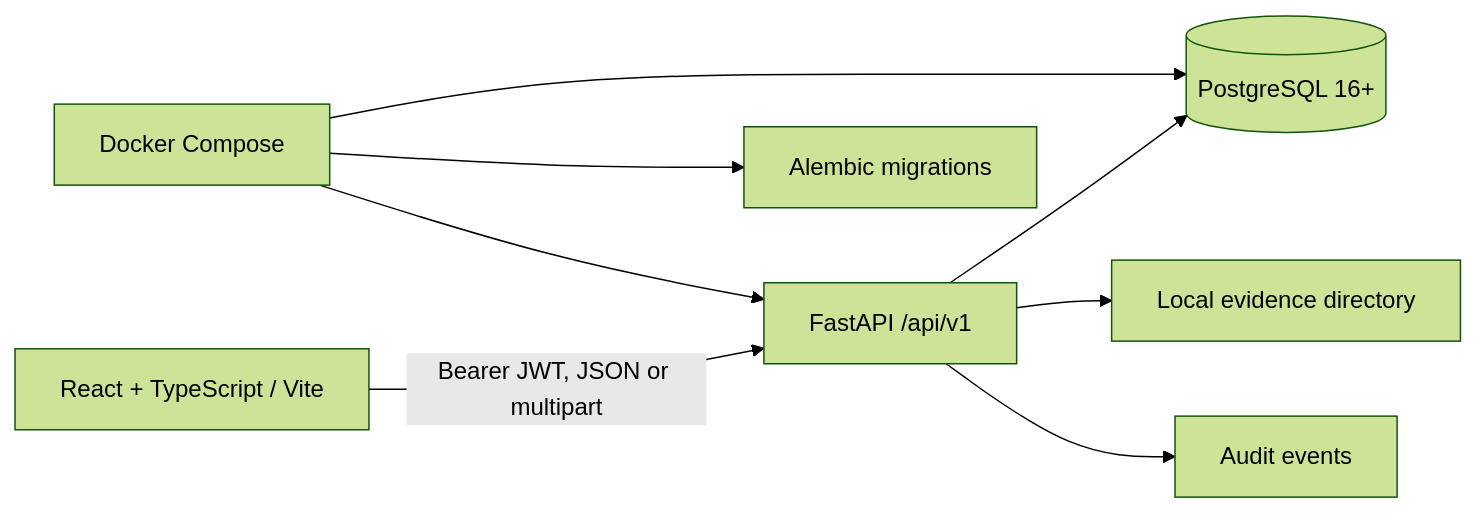
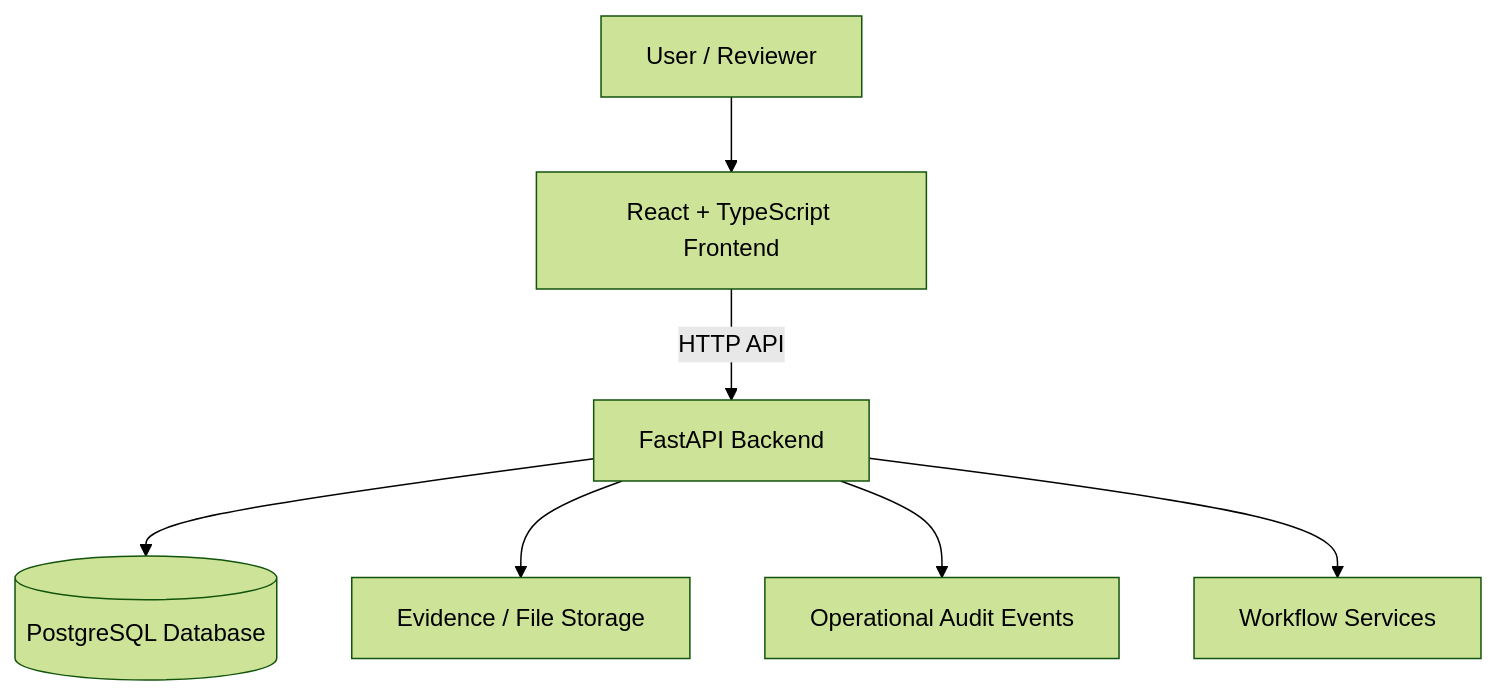
The diagram in README.md (sainithinreddy06/PRAVAAH-2), drawn with Mermaid (forest theme) before and after one commit. The commit also changed other lines of this file, not shown here.

````diff
--- a/README.md
+++ b/README.md
@@ -26,10 +71,9 @@
 ```mermaid
-flowchart LR
-  Browser[React + TypeScript / Vite] -->|Bearer JWT, JSON or multipart| API[FastAPI /api/v1]
-  API --> DB[(PostgreSQL 16+)]
-  API --> Files[Local evidence directory]
-  API --> Audit[Audit events]
-  Compose[Docker Compose] --> DB
-  Compose --> Migrate[Alembic migrations]
-  Compose --> API
+flowchart TD
+    U[User / Reviewer] --> FE[React + TypeScript Frontend]
+    FE -->|HTTP API| API[FastAPI Backend]
+    API --> DB[(PostgreSQL Database)]
+    API --> EV[Evidence / File Storage]
+    API --> AUD[Operational Audit Events]
+    API --> WF[Workflow Services]
 ```
````
